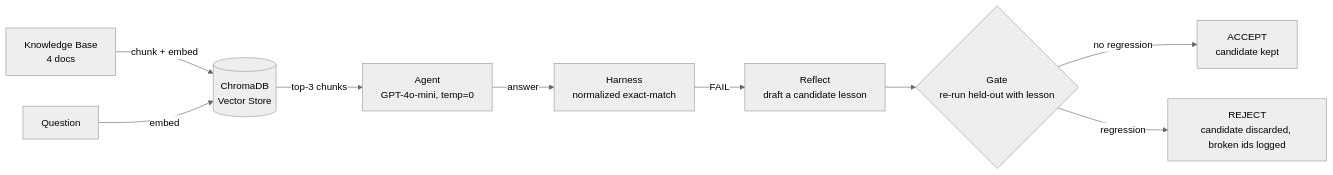
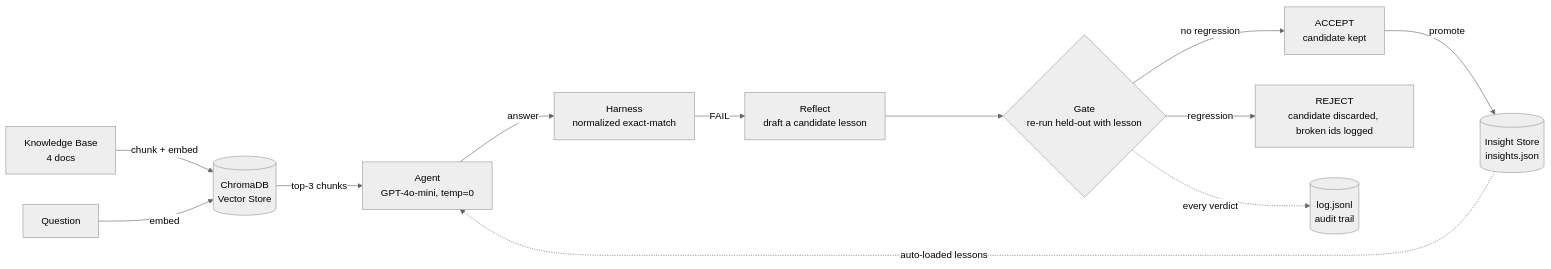
One commit to ayeshowcode/Gatekeeper changed the diagram in README.md. Above: the diagram before and after it, drawn with Mermaid (neutral theme). The commit also changed other lines of this file, not shown here.

Commit message:
document the insight store, audit trail, and the storage-vs-effectiveness finding to present Day 4 as a complete, provable deliverable

````diff
--- a/README.md
+++ b/README.md
@@ -29,11 +29,14 @@
 ```mermaid
 flowchart LR
     A[Knowledge Base\n4 docs] -->|chunk + embed| B[(ChromaDB\nVector Store)]
     Q[Question] -->|embed| B
     B -->|top-3 chunks| C[Agent\nGPT-4o-mini, temp=0]
+    S[(Insight Store\ninsights.json)] -.->|auto-loaded lessons| C
     C -->|answer| D[Harness\nnormalized exact-match]
     D -->|FAIL| R[Reflect\ndraft a candidate lesson]
     R --> G{Gate\nre-run held-out with lesson}
     G -->|no regression| ACC[ACCEPT\ncandidate kept]
+    ACC -->|promote| S
     G -->|regression| REJ[REJECT\ncandidate discarded, broken ids logged]
+    G -.->|every verdict| L[(log.jsonl\naudit trail)]
 ```
````
